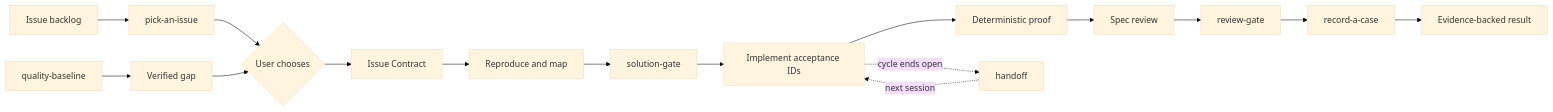
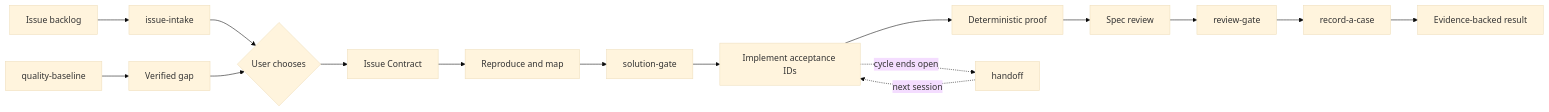
Before and after one commit to Railly/skills: the diagram in README.md, drawn with Mermaid (base theme). The commit also changed other lines of this file and 11 other files, not shown here.

Commit message:
feat(issue-intake): rename issue selection gate (#9)

````diff
--- a/README.md
+++ b/README.md
@@ -67,18 +67,18 @@
 ```mermaid
 flowchart LR
   Baseline[quality-baseline] --> Gap[Verified gap]
-  Backlog[Issue backlog] --> Pick[pick-an-issue]
-  Pick --> Choice{User chooses}
+  Backlog[Issue backlog] --> Intake[issue-intake]
+  Intake --> Choice{User chooses}
   Gap --> Choice
   Choice --> Contract[Issue Contract]
   Contract --> Reproduce[Reproduce and map]
   Reproduce --> Shape[solution-gate]
   Shape --> Change[Implement acceptance IDs]
   Change --> Proof[Deterministic proof]
   Proof --> Spec[Spec review]
   Spec --> Review[review-gate]
   Review --> Case[record-a-case]
   Case --> Result[Evidence-backed result]
   Change -.cycle ends open.-> Handoff[handoff]
   Handoff -.next session.-> Change
 ```
````
